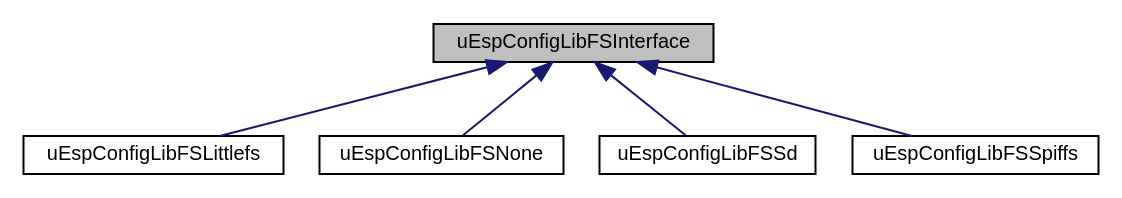
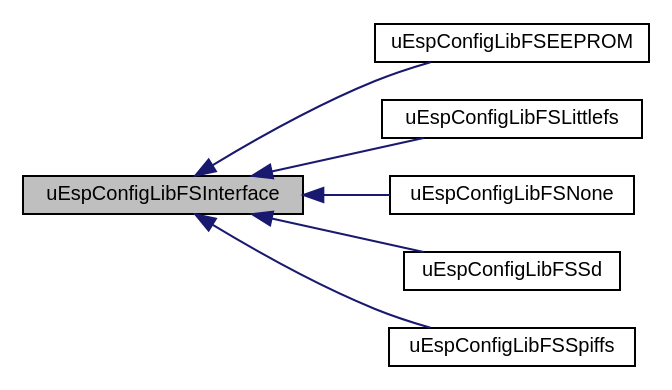
The diagram in docs/classuEspConfigLibFSInterface__inherit__graph.dot (Naguissa/uEspConfigLib_doc_and_extras), drawn with Graphviz before and after one commit. The commit also changed 52 other files, not shown here.

```diff
--- a/docs/classuEspConfigLibFSInterface__inherit__graph.dot
+++ b/docs/classuEspConfigLibFSInterface__inherit__graph.dot
@@ -1,15 +1,18 @@
 digraph "uEspConfigLibFSInterface"
 {
  // LATEX_PDF_SIZE
   edge [fontname="Helvetica",fontsize="10",labelfontname="Helvetica",labelfontsize="10"];
   node [fontname="Helvetica",fontsize="10",shape=record];
+  rankdir="LR";
   Node1 [label="uEspConfigLibFSInterface",height=0.2,width=0.4,color="black", fillcolor="grey75", style="filled", fontcolor="black",tooltip="The deffinitive ESP32 and ESP8266 configuration Arduino library, uEspConfigLib - FileSystem interface..."];
   Node1 -> Node2 [dir="back",color="midnightblue",fontsize="10",style="solid",fontname="Helvetica"];
-  Node2 [label="uEspConfigLibFSLittlefs",height=0.2,width=0.4,color="black", fillcolor="white", style="filled",URL="$classuEspConfigLibFSLittlefs.html",tooltip="The deffinitive ESP32 and ESP8266 configuration Arduino library, uEspConfigLib - Littlefs FileSystem ..."];
+  Node2 [label="uEspConfigLibFSEEPROM",height=0.2,width=0.4,color="black", fillcolor="white", style="filled",URL="$classuEspConfigLibFSEEPROM.html",tooltip="The deffinitive ESP32 and ESP8266 configuration Arduino library, uEspConfigLib - EEPROM writing imple..."];
   Node1 -> Node3 [dir="back",color="midnightblue",fontsize="10",style="solid",fontname="Helvetica"];
-  Node3 [label="uEspConfigLibFSNone",height=0.2,width=0.4,color="black", fillcolor="white", style="filled",URL="$classuEspConfigLibFSNone.html",tooltip="The deffinitive ESP32 and ESP8266 configuration Arduino library, uEspConfigLib - NO FileSystem interf..."];
+  Node3 [label="uEspConfigLibFSLittlefs",height=0.2,width=0.4,color="black", fillcolor="white", style="filled",URL="$classuEspConfigLibFSLittlefs.html",tooltip="The deffinitive ESP32 and ESP8266 configuration Arduino library, uEspConfigLib - Littlefs FileSystem ..."];
   Node1 -> Node4 [dir="back",color="midnightblue",fontsize="10",style="solid",fontname="Helvetica"];
-  Node4 [label="uEspConfigLibFSSd",height=0.2,width=0.4,color="black", fillcolor="white", style="filled",URL="$classuEspConfigLibFSSd.html",tooltip="The deffinitive ESP32 and ESP8266 configuration Arduino library, uEspConfigLib - SD-card FileSystem i..."];
+  Node4 [label="uEspConfigLibFSNone",height=0.2,width=0.4,color="black", fillcolor="white", style="filled",URL="$classuEspConfigLibFSNone.html",tooltip="The deffinitive ESP32 and ESP8266 configuration Arduino library, uEspConfigLib - NO FileSystem interf..."];
   Node1 -> Node5 [dir="back",color="midnightblue",fontsize="10",style="solid",fontname="Helvetica"];
-  Node5 [label="uEspConfigLibFSSpiffs",height=0.2,width=0.4,color="black", fillcolor="white", style="filled",URL="$classuEspConfigLibFSSpiffs.html",tooltip="The deffinitive ESP32 and ESP8266 configuration Arduino library, uEspConfigLib - SPIFFS FileSystem in..."];
+  Node5 [label="uEspConfigLibFSSd",height=0.2,width=0.4,color="black", fillcolor="white", style="filled",URL="$classuEspConfigLibFSSd.html",tooltip="The deffinitive ESP32 and ESP8266 configuration Arduino library, uEspConfigLib - SD-card FileSystem i..."];
+  Node1 -> Node6 [dir="back",color="midnightblue",fontsize="10",style="solid",fontname="Helvetica"];
+  Node6 [label="uEspConfigLibFSSpiffs",height=0.2,width=0.4,color="black", fillcolor="white", style="filled",URL="$classuEspConfigLibFSSpiffs.html",tooltip="The deffinitive ESP32 and ESP8266 configuration Arduino library, uEspConfigLib - SPIFFS FileSystem in..."];
 }
```
